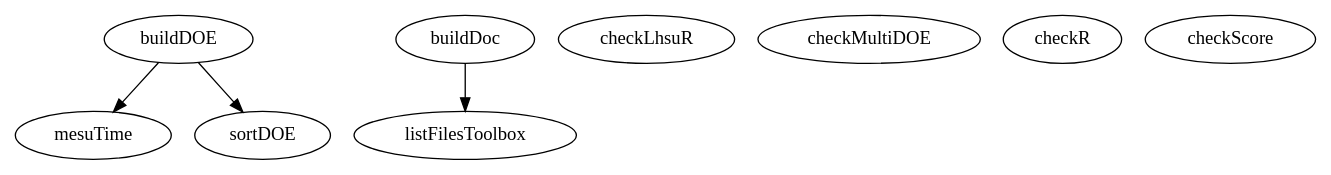
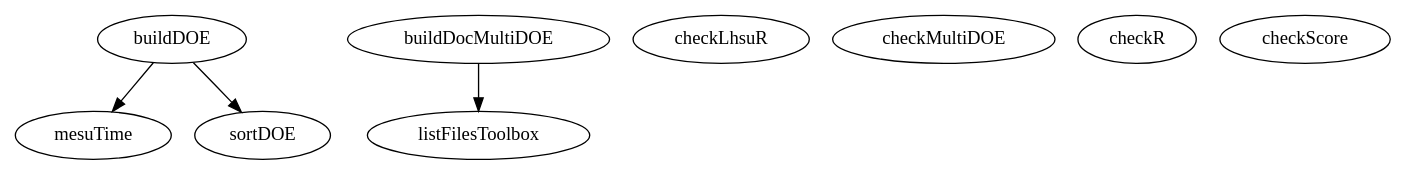
One commit to luclaurent/MultiDOE changed the diagram in doc/MultiDOE/src/various/graph.dot. Above: the diagram before and after it, drawn with Graphviz. The commit also changed 68 other files, not shown here.

```diff
--- a/doc/MultiDOE/src/various/graph.dot
+++ b/doc/MultiDOE/src/various/graph.dot
@@ -1,16 +1,16 @@
 /* Created by mdot for Matlab */
 digraph m2html {
   buildDOE -> mesuTime;
   buildDOE -> sortDOE;
-  buildDoc -> listFilesToolbox;
+  buildDocMultiDOE -> listFilesToolbox;
 
   buildDOE [URL="buildDOE.html"];
-  buildDoc [URL="buildDoc.html"];
+  buildDocMultiDOE [URL="buildDocMultiDOE.html"];
   checkLhsuR [URL="checkLhsuR.html"];
   checkMultiDOE [URL="checkMultiDOE.html"];
   checkR [URL="checkR.html"];
   checkScore [URL="checkScore.html"];
   listFilesToolbox [URL="listFilesToolbox.html"];
   mesuTime [URL="mesuTime.html"];
   sortDOE [URL="sortDOE.html"];
 }
```
